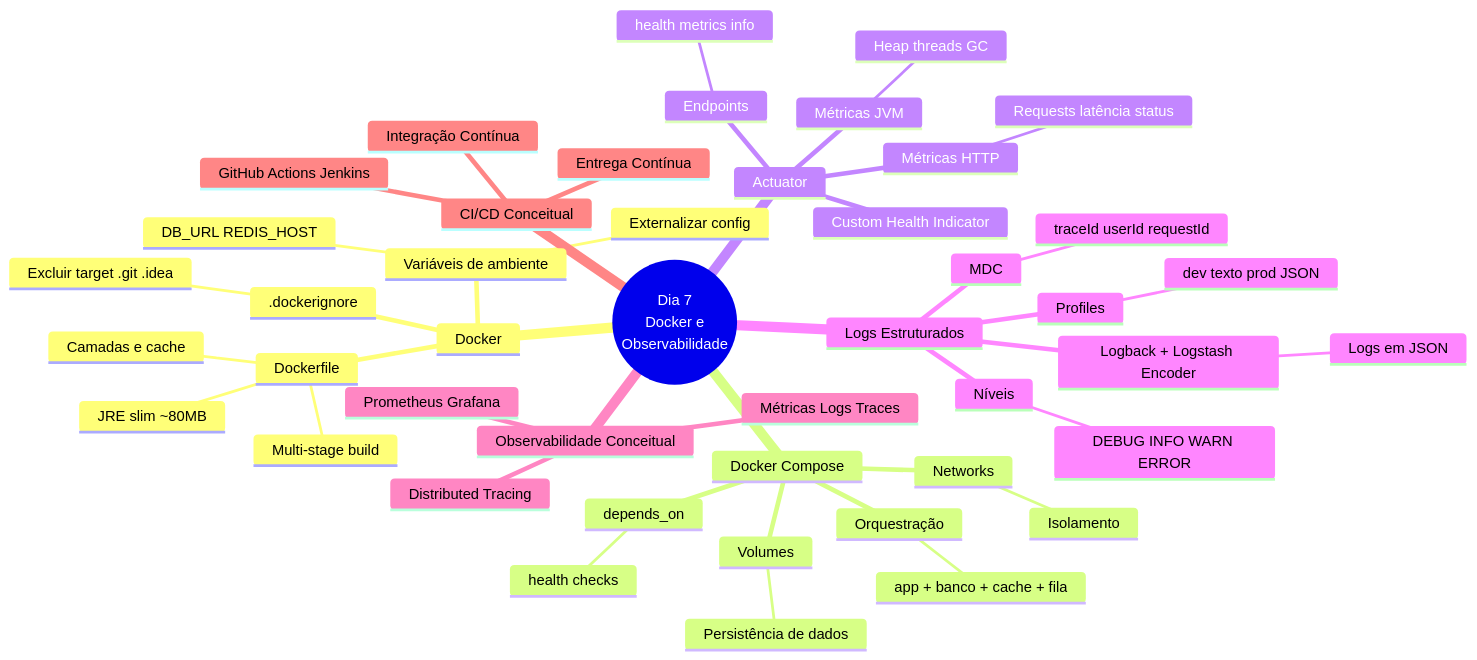
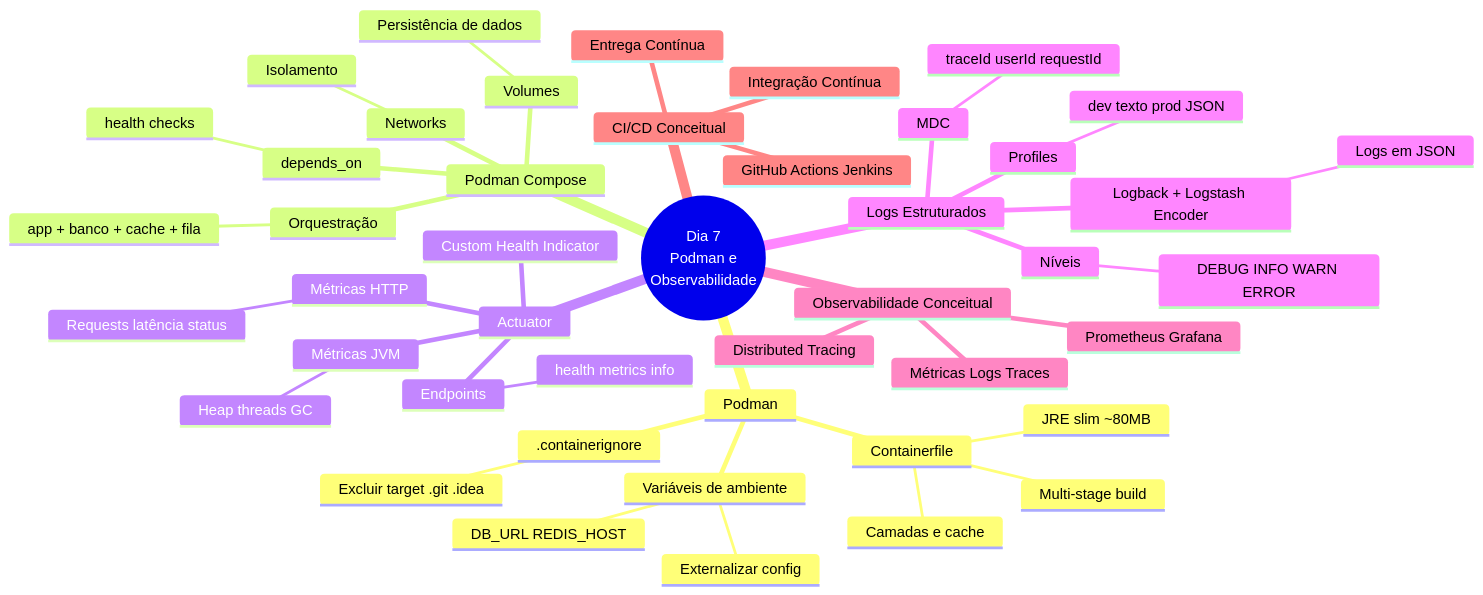
The second of 2 diagrams in dia-07/slide-01.md (deusemarjunior/trein-java-intermed), drawn with Mermaid before and after one commit. The commit also changed other lines of this file and 100 other files, not shown here.

Commit message:
removendo docker adicionando podman

````diff
--- a/dia-07/slide-01.md
+++ b/dia-07/slide-01.md
@@ -76,48 +76,48 @@
 ```mermaid
 mindmap
-  root((Dia 7<br/>Docker e<br/>Observabilidade))
-    Docker
-      Dockerfile
+  root((Dia 7<br/>Podman e<br/>Observabilidade))
+    Podman
+      Containerfile
         Camadas e cache
         Multi-stage build
         JRE slim ~80MB
-      .dockerignore
+      .containerignore
         Excluir target .git .idea
       Variáveis de ambiente
         Externalizar config
         DB_URL REDIS_HOST
-    Docker Compose
+    Podman Compose
       Orquestração
         app + banco + cache + fila
       depends_on
         health checks
       Volumes
         Persistência de dados
       Networks
         Isolamento
     Actuator
       Endpoints
         health metrics info
       Métricas JVM
         Heap threads GC
       Métricas HTTP
         Requests latência status
       Custom Health Indicator
     Logs Estruturados
       Logback + Logstash Encoder
         Logs em JSON
       MDC
         traceId userId requestId
       Profiles
         dev texto prod JSON
       Níveis
         DEBUG INFO WARN ERROR
     Observabilidade Conceitual
       Métricas Logs Traces
       Prometheus Grafana
       Distributed Tracing
     CI/CD Conceitual
       Integração Contínua
       Entrega Contínua
       GitHub Actions Jenkins
 ```
````
